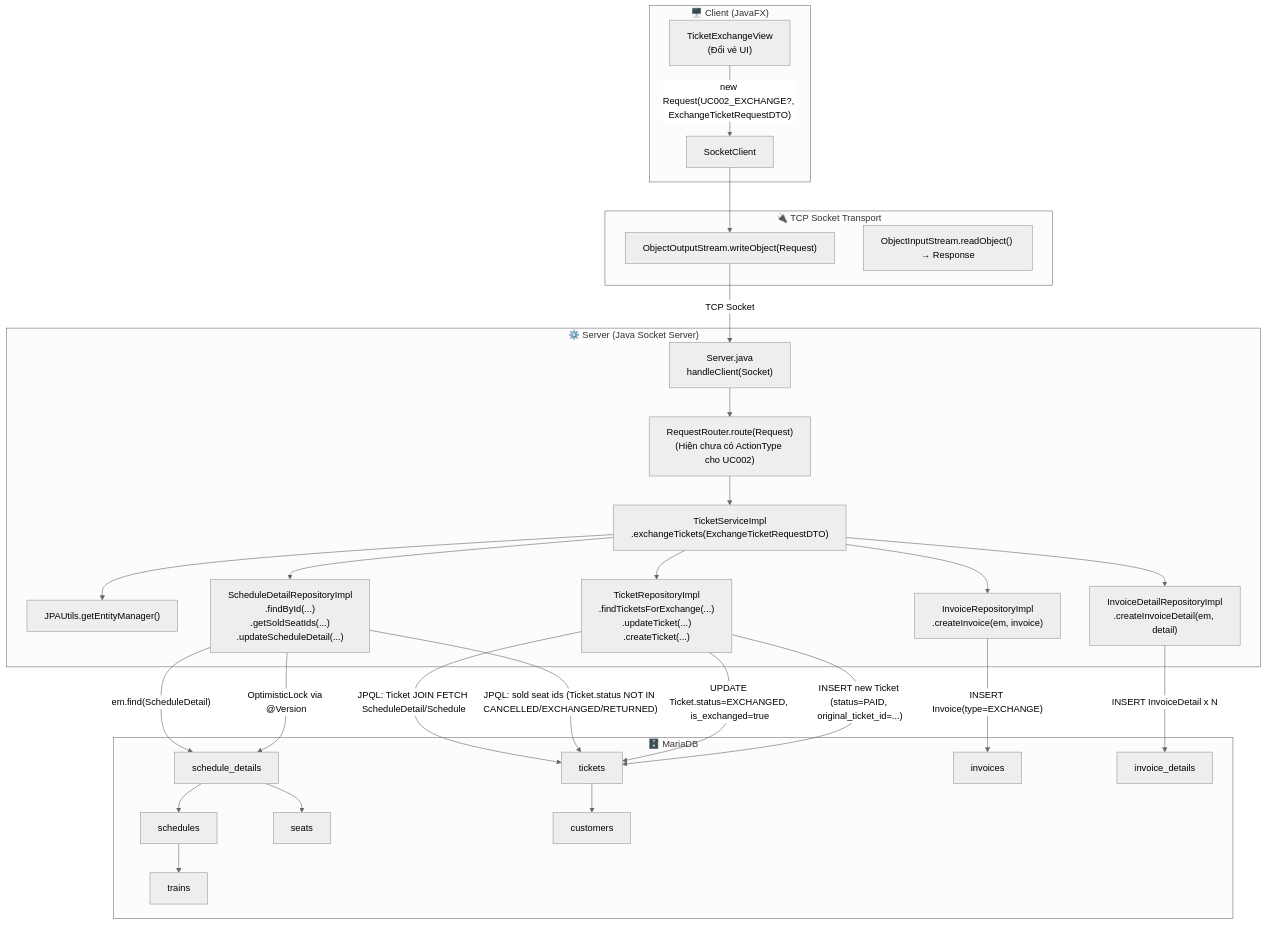
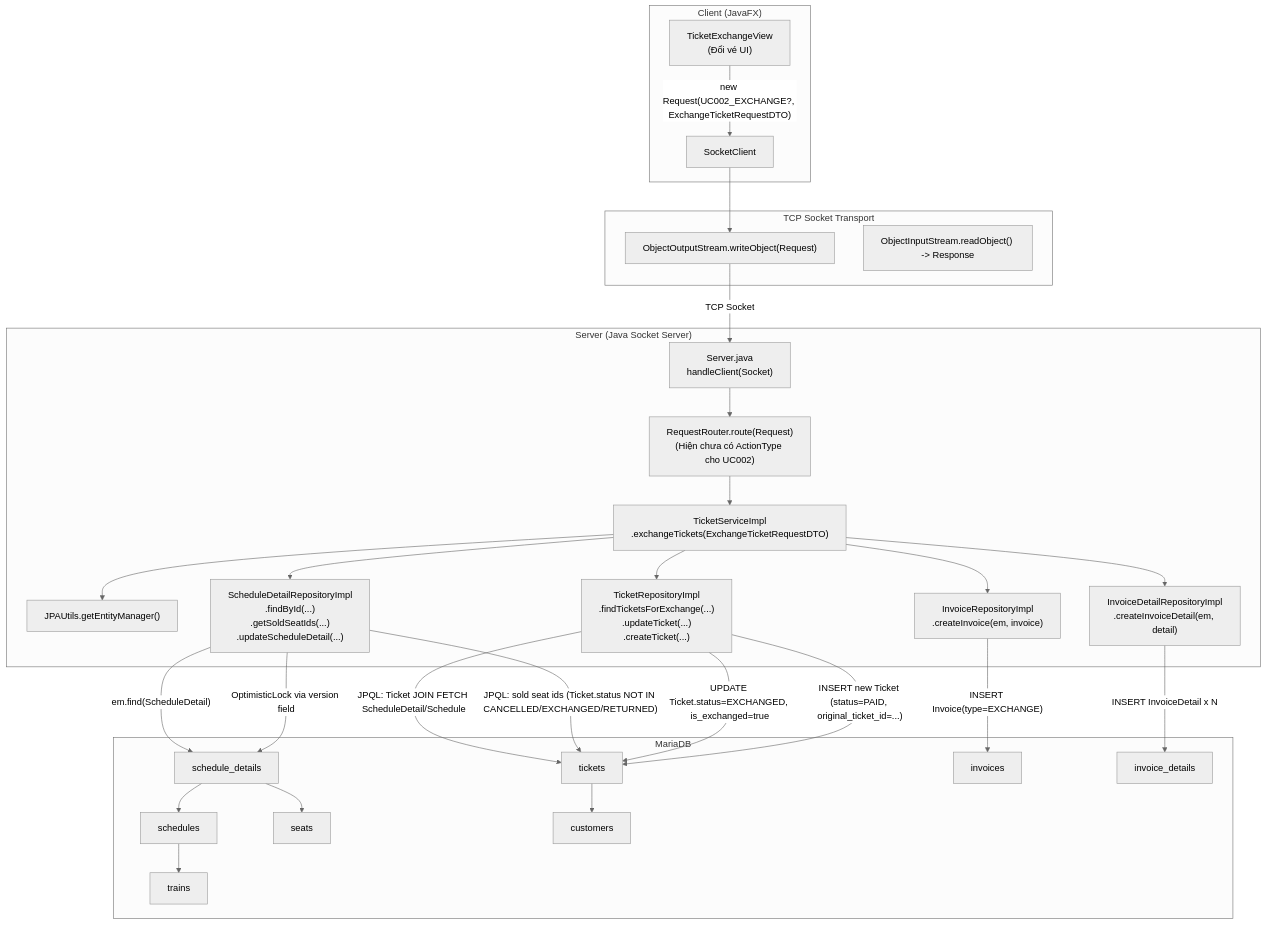
One commit to Distributed-Programing-Project/railway-reservation-system-server changed the first of 3 diagrams in docs/diagrams/sequence/uc002-doi-ve.md. Above: the diagram before and after it, drawn with Mermaid (neutral theme). The commit also changed other lines of this file and 1 other file, not shown here.

````diff
--- a/docs/diagrams/sequence/uc002-doi-ve.md
+++ b/docs/diagrams/sequence/uc002-doi-ve.md
@@ -7,60 +7,60 @@
 ```mermaid
 graph TB
-    subgraph CLIENT ["🖥️ Client (JavaFX)"]
+    subgraph CLIENT ["Client (JavaFX)"]
         UI["TicketExchangeView\n(Đổi vé UI)"]
         SC["SocketClient"]
     end
 
-    subgraph TRANSPORT ["🔌 TCP Socket Transport"]
+    subgraph TRANSPORT ["TCP Socket Transport"]
         OOS["ObjectOutputStream.writeObject(Request)"]
-        OIS["ObjectInputStream.readObject() → Response"]
+        OIS["ObjectInputStream.readObject() -> Response"]
     end
 
-    subgraph SERVER ["⚙️ Server (Java Socket Server)"]
+    subgraph SERVER ["Server (Java Socket Server)"]
         SRV["Server.java\nhandleClient(Socket)"]
         RR["RequestRouter.route(Request)\n(Hiện chưa có ActionType cho UC002)"]
         SVC["TicketServiceImpl\n.exchangeTickets(ExchangeTicketRequestDTO)"]
         JPA["JPAUtils.getEntityManager()"]
         T_REPO["TicketRepositoryImpl\n.findTicketsForExchange(...)\n.updateTicket(...)\n.createTicket(...)"]
         SD_REPO["ScheduleDetailRepositoryImpl\n.findById(...)\n.getSoldSeatIds(...)\n.updateScheduleDetail(...)"]
         I_REPO["InvoiceRepositoryImpl\n.createInvoice(em, invoice)"]
         ID_REPO["InvoiceDetailRepositoryImpl\n.createInvoiceDetail(em, detail)"]
     end
 
-    subgraph DB ["🗄️ MariaDB"]
+    subgraph DB ["MariaDB"]
         T_TICKET["tickets"]
         T_SD["schedule_details"]
         T_SCH["schedules"]
         T_SEAT["seats"]
         T_TRAIN["trains"]
         T_CUS["customers"]
         T_INV["invoices"]
         T_INVD["invoice_details"]
     end
 
     UI -- "new Request(UC002_EXCHANGE?, ExchangeTicketRequestDTO)" --> SC
     SC --> OOS
     OOS -- "TCP Socket" --> SRV
     SRV --> RR
     RR --> SVC
 
     SVC --> JPA
     SVC --> T_REPO
     SVC --> SD_REPO
     SVC --> I_REPO
     SVC --> ID_REPO
 
     T_REPO -- "JPQL: Ticket JOIN FETCH ScheduleDetail/Schedule" --> T_TICKET
     SD_REPO -- "em.find(ScheduleDetail)" --> T_SD
     SD_REPO -- "JPQL: sold seat ids (Ticket.status NOT IN CANCELLED/EXCHANGED/RETURNED)" --> T_TICKET
-    SD_REPO -- "OptimisticLock via @Version" --> T_SD
+    SD_REPO -- "OptimisticLock via version field" --> T_SD
     T_REPO -- "UPDATE Ticket.status=EXCHANGED, is_exchanged=true" --> T_TICKET
     T_REPO -- "INSERT new Ticket (status=PAID, original_ticket_id=...)" --> T_TICKET
     I_REPO -- "INSERT Invoice(type=EXCHANGE)" --> T_INV
     ID_REPO -- "INSERT InvoiceDetail x N" --> T_INVD
 
     T_TICKET --> T_CUS
     T_SD --> T_SCH
     T_SD --> T_SEAT
     T_SCH --> T_TRAIN
 ```
````
